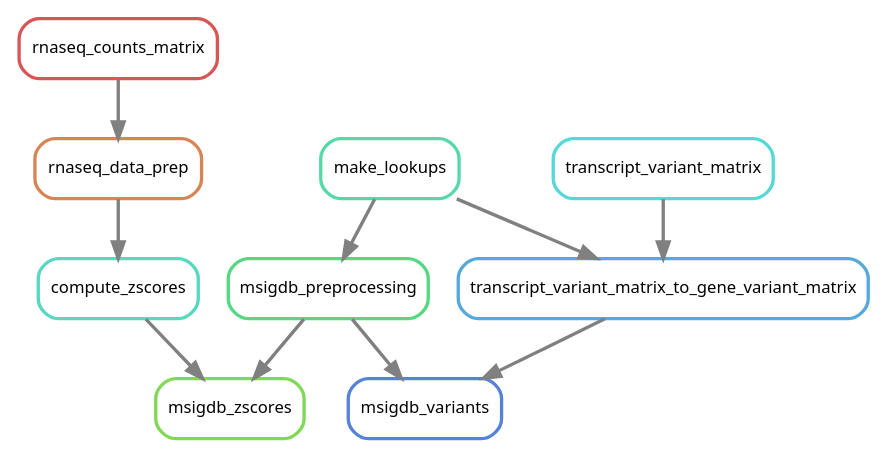
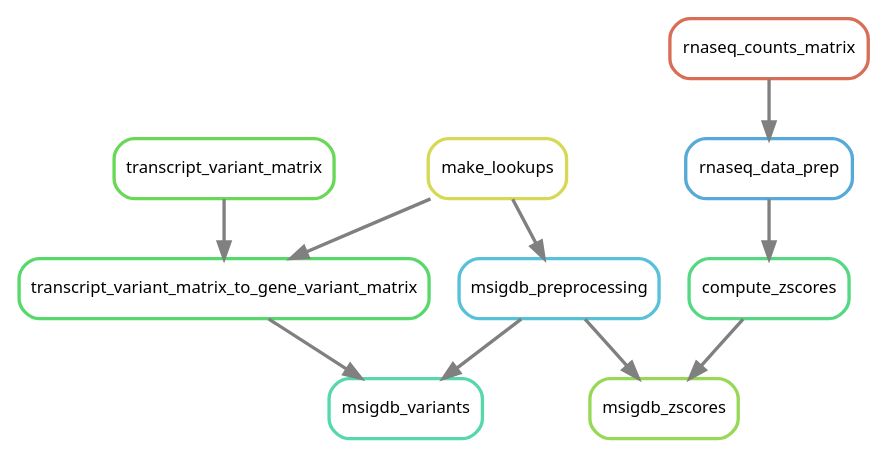
One commit to NCBI-Hackathons/Pharmacogenomics_Prediction_Pipeline_P3 changed the diagram in doc/source/images/msigdb.dot. Above: the diagram before and after it, drawn with Graphviz. The commit also changed 28 other files, not shown here.

```diff
--- a/doc/source/images/msigdb.dot
+++ b/doc/source/images/msigdb.dot
@@ -1,23 +1,23 @@
 digraph snakemake_dag {
     graph[bgcolor=white, margin=0];
     node[shape=box, style=rounded, fontname=sans,                 fontsize=10, penwidth=2];
     edge[penwidth=2, color=grey];
-	0[label = "rnaseq_counts_matrix", color = "0.00 0.6 0.85", style="rounded"];
-	1[label = "compute_zscores", color = "0.47 0.6 0.85", style="rounded"];
-	2[label = "rnaseq_data_prep", color = "0.06 0.6 0.85", style="rounded"];
-	3[label = "make_lookups", color = "0.44 0.6 0.85", style="rounded"];
-	4[label = "transcript_variant_matrix_to_gene_variant_matrix", color = "0.56 0.6 0.85", style="rounded"];
-	5[label = "msigdb_zscores", color = "0.28 0.6 0.85", style="rounded"];
-	6[label = "msigdb_variants", color = "0.61 0.6 0.85", style="rounded"];
-	7[label = "msigdb_preprocessing", color = "0.39 0.6 0.85", style="rounded"];
-	8[label = "transcript_variant_matrix", color = "0.50 0.6 0.85", style="rounded"];
-	2 -> 1
-	0 -> 2
-	3 -> 4
-	8 -> 4
-	1 -> 5
-	7 -> 5
-	4 -> 6
-	7 -> 6
-	3 -> 7
+	0[label = "rnaseq_data_prep", color = "0.56 0.6 0.85", style="rounded"];
+	1[label = "msigdb_variants", color = "0.44 0.6 0.85", style="rounded"];
+	2[label = "msigdb_zscores", color = "0.25 0.6 0.85", style="rounded"];
+	3[label = "rnaseq_counts_matrix", color = "0.03 0.6 0.85", style="rounded"];
+	4[label = "transcript_variant_matrix", color = "0.31 0.6 0.85", style="rounded"];
+	5[label = "msigdb_preprocessing", color = "0.53 0.6 0.85", style="rounded"];
+	6[label = "compute_zscores", color = "0.39 0.6 0.85", style="rounded"];
+	7[label = "transcript_variant_matrix_to_gene_variant_matrix", color = "0.36 0.6 0.85", style="rounded"];
+	8[label = "make_lookups", color = "0.17 0.6 0.85", style="rounded"];
+	3 -> 0
+	5 -> 1
+	7 -> 1
+	5 -> 2
+	6 -> 2
+	8 -> 5
+	0 -> 6
+	4 -> 7
+	8 -> 7
 }            
```
